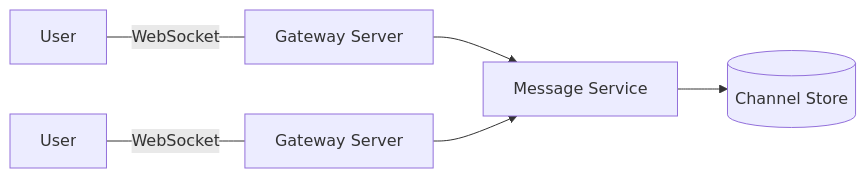
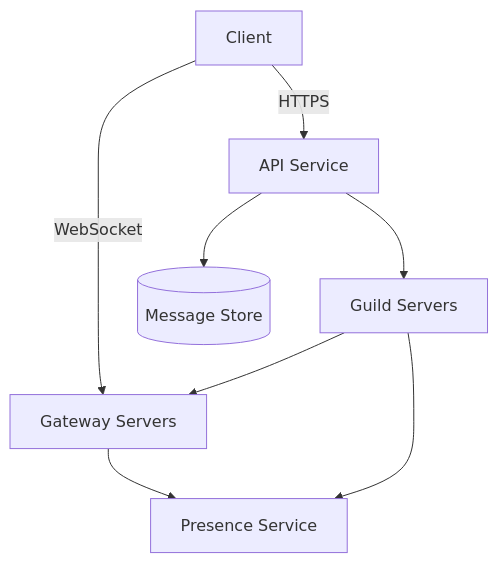
One commit to design-gurus/grokking-system-design changed the first of 2 diagrams in questions/design-discord.md. Above: the diagram before and after it, drawn with Mermaid. The commit also changed other lines of this file and 19 other files, not shown here.

````diff
--- a/questions/design-discord.md
+++ b/questions/design-discord.md
@@ -21,8 +77,10 @@
 ```mermaid
-flowchart LR
-    U1[User] ---|WebSocket| G1[Gateway Server]
-    U2[User] ---|WebSocket| G2[Gateway Server]
-    G1 --> MS[Message Service]
-    G2 --> MS
-    MS --> Store[(Channel Store)]
+flowchart TD
+    Client[Client] -->|WebSocket| GW["Gateway Servers"]
+    Client -->|HTTPS| API["API Service"]
+    API --> Store[("Message Store")]
+    API --> Guild["Guild Servers"]
+    Guild --> GW
+    GW --> Presence["Presence Service"]
+    Guild --> Presence
 ```
````
